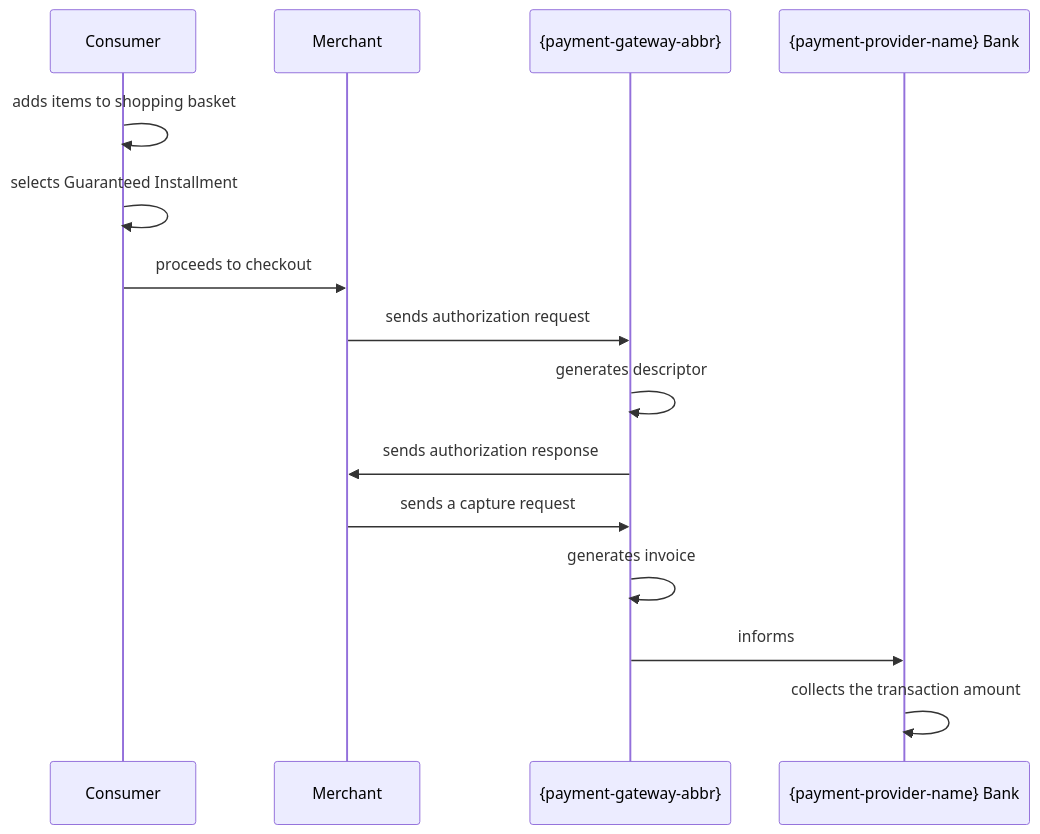
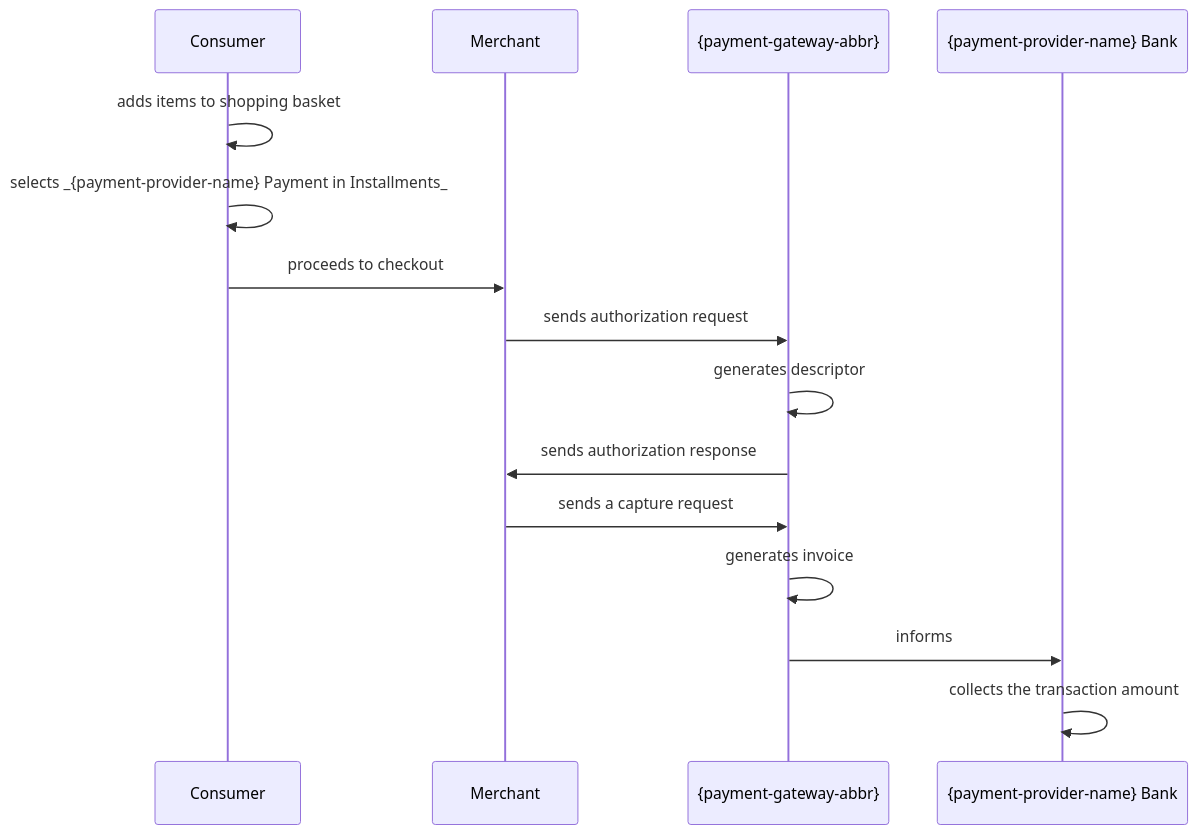
Before and after one commit to wirecard/merchant-documentation-gateway: the diagram in index/payment-methods/guaranteed-installment/rest/11-48-guaranteed-installment.adoc, drawn with Mermaid. The commit also changed other lines of this file, not shown here.

Commit message:
Change PM name from Guaranteed Installments to {payment-provider-name} Payment in Installments

```diff
--- a/index/payment-methods/guaranteed-installment/rest/11-48-guaranteed-installment.adoc
+++ b/index/payment-methods/guaranteed-installment/rest/11-48-guaranteed-installment.adoc
@@ -135,18 +135,18 @@
 [mermaid, GuaranteedInstallment_workflow,svg,subs=attributes+]
 ----
 sequenceDiagram
     participant Consumer
     participant Merchant
     participant {payment-gateway-abbr}
     participant {payment-provider-name} Bank
 Consumer->>Consumer: adds items to shopping basket
-Consumer->>Consumer: selects Guaranteed Installment
+Consumer->>Consumer: selects _{payment-provider-name} Payment in Installments_
 Consumer->>Merchant: proceeds to checkout
 Merchant->>{payment-gateway-abbr}: sends authorization request
 {payment-gateway-abbr}->>{payment-gateway-abbr}: generates descriptor
 {payment-gateway-abbr}->>Merchant: sends authorization response
 Merchant->>{payment-gateway-abbr}: sends a capture request
 {payment-gateway-abbr}->>{payment-gateway-abbr}: generates invoice
 {payment-gateway-abbr}->>{payment-provider-name} Bank: informs
 {payment-provider-name} Bank->>{payment-provider-name} Bank: collects the transaction amount
 ----
```
